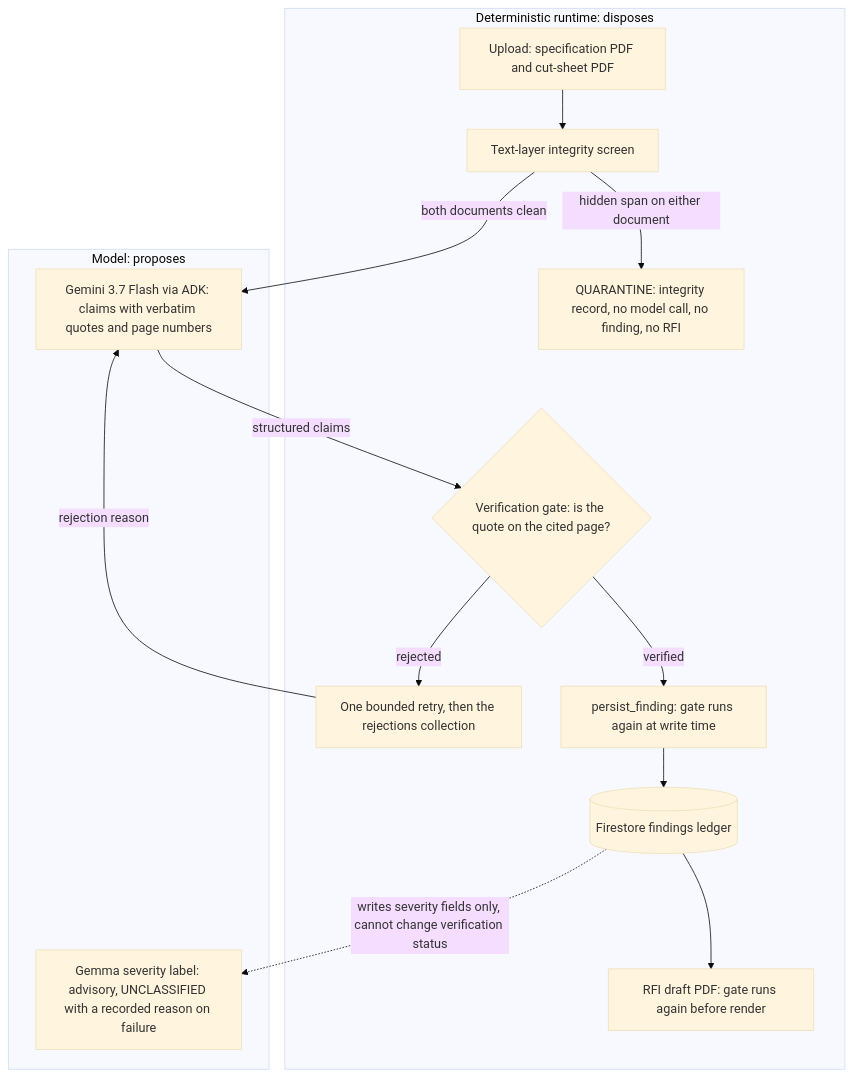
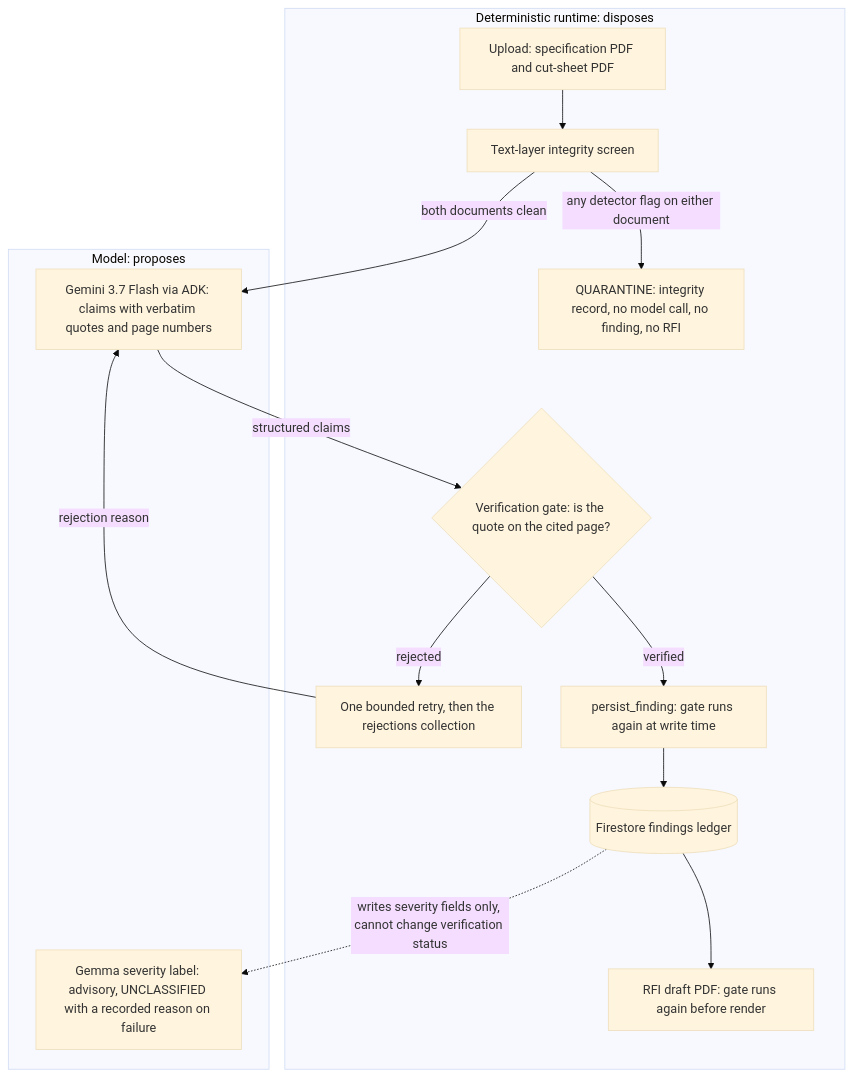
Before and after one commit to mcs-eng/specguard: the diagram in README.md, drawn with Mermaid (base theme). The commit also changed other lines of this file and 2 other files, not shown here.

````diff
--- a/README.md
+++ b/README.md
@@ -39,20 +39,20 @@
 ```mermaid
 flowchart TD
     subgraph runtime["Deterministic runtime: disposes"]
         U["Upload: specification PDF and cut-sheet PDF"] --> S["Text-layer integrity screen"]
-        S -->|hidden span on either document| Q["QUARANTINE: integrity record, no model call, no finding, no RFI"]
+        S -->|any detector flag on either document| Q["QUARANTINE: integrity record, no model call, no finding, no RFI"]
         G{"Verification gate: is the quote on the cited page?"}
         G -->|rejected| R["One bounded retry, then the rejections collection"]
         G -->|verified| P["persist_finding: gate runs again at write time"]
         P --> L[("Firestore findings ledger")]
         L --> RFI["RFI draft PDF: gate runs again before render"]
     end
     subgraph model["Model: proposes"]
         A["Gemini 3.7 Flash via ADK: claims with verbatim quotes and page numbers"]
         SEV["Gemma severity label: advisory, UNCLASSIFIED with a recorded reason on failure"]
     end
     S -->|both documents clean| A
     A -->|structured claims| G
     R -->|rejection reason| A
     L -.->|writes severity fields only, cannot change verification status| SEV
 ```
````
